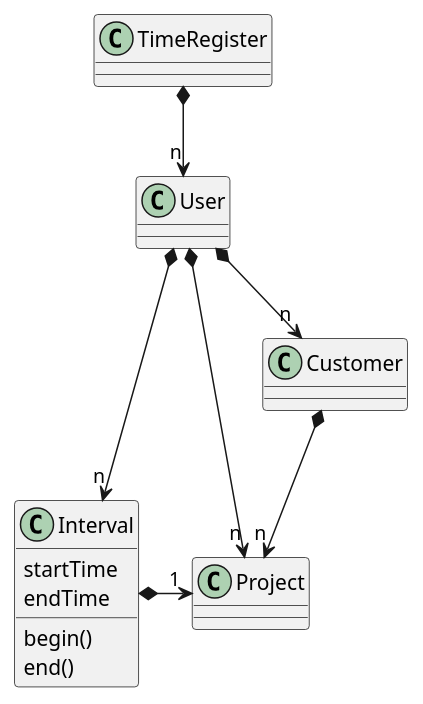
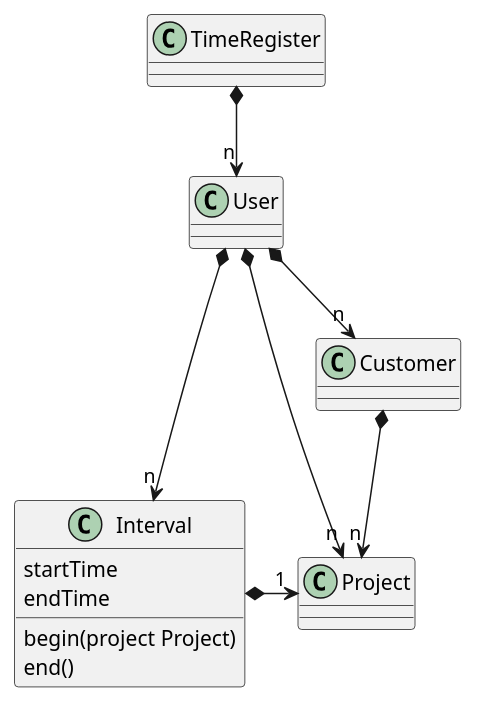
The diagram in docs/src/domain.plantuml (EscuelaIt/time-register), drawn with PlantUML before and after one commit. The commit also changed 1 other file, not shown here.

```diff
--- a/docs/src/domain.plantuml
+++ b/docs/src/domain.plantuml
@@ -1,22 +1,22 @@
 @startuml
 
 class TimeRegister
 class User
 class Project 
 class Interval {
   startTime
   endTime
-  begin()
+  begin(project Project)
   end()
 }
 
 class Customer
 
 TimeRegister *-down-> "n" User
 User *-down-> "n" Project
 User *-down-> "n" Customer
 Customer *-down-> "n" Project
 User *-down-> "n" Interval
 Interval *-> "1" Project
 
 @enduml
```
